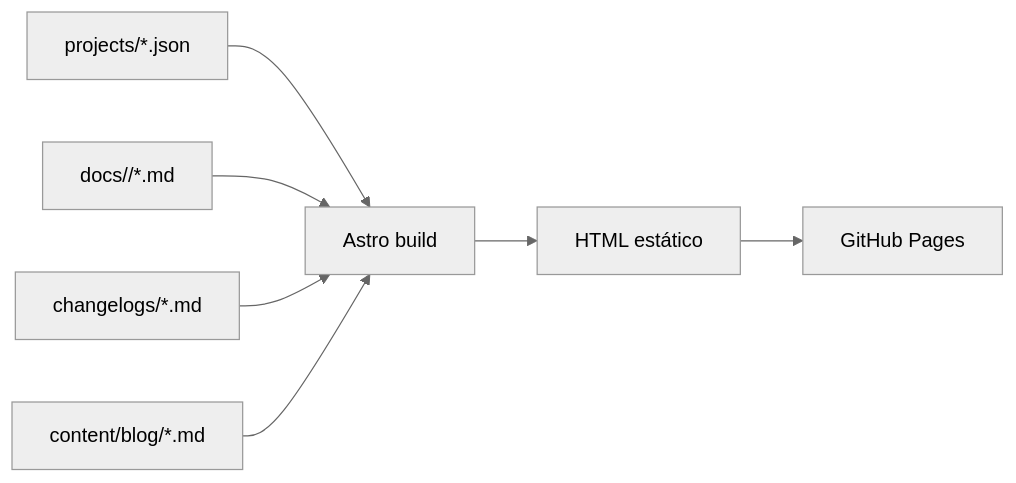
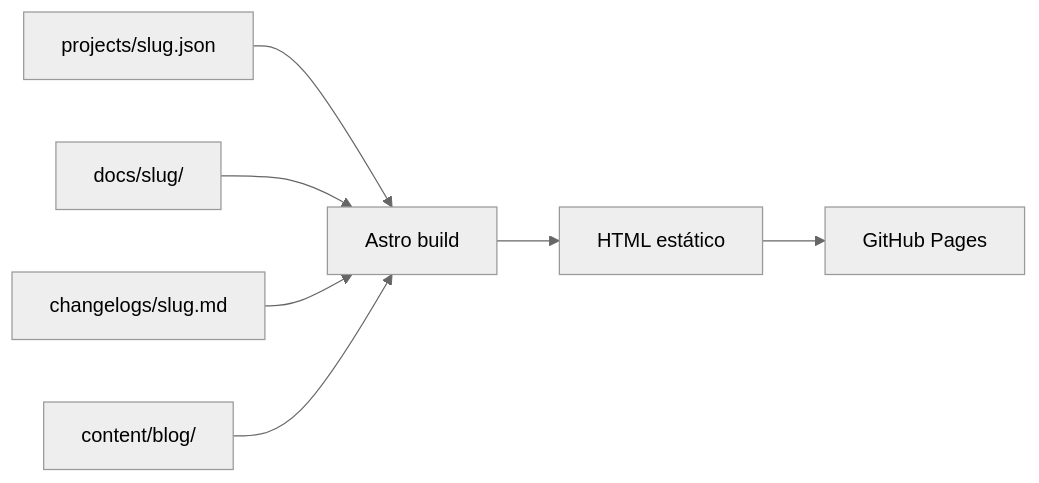
Before and after one commit to MatheusAzevedoDev/portfolio-hub: the sixth of 6 diagrams in docs/gitops-portfolio-lambda/architecture.md, drawn with Mermaid (neutral theme). The commit also changed other lines of this file and 11 other files, not shown here.

````diff
--- a/docs/gitops-portfolio-lambda/architecture.md
+++ b/docs/gitops-portfolio-lambda/architecture.md
@@ -219,9 +228,9 @@
 ```mermaid
 flowchart LR
-    A["projects/*.json"] --> D["Astro build"]
-    B["docs/<slug>/*.md"] --> D
-    C["changelogs/*.md"] --> D
-    E["content/blog/*.md"] --> D
+    A["projects/slug.json"] --> D["Astro build"]
+    B["docs/slug/"] --> D
+    C["changelogs/slug.md"] --> D
+    E["content/blog/"] --> D
     D --> F["HTML estático"]
     F --> G["GitHub Pages"]
 ```
````
